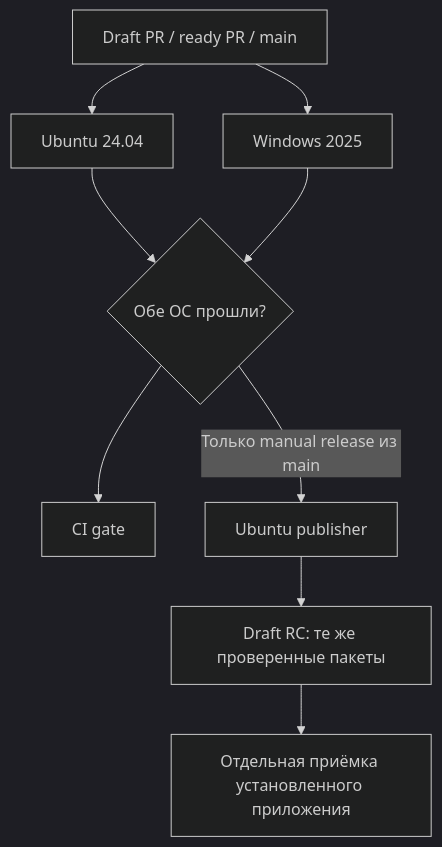
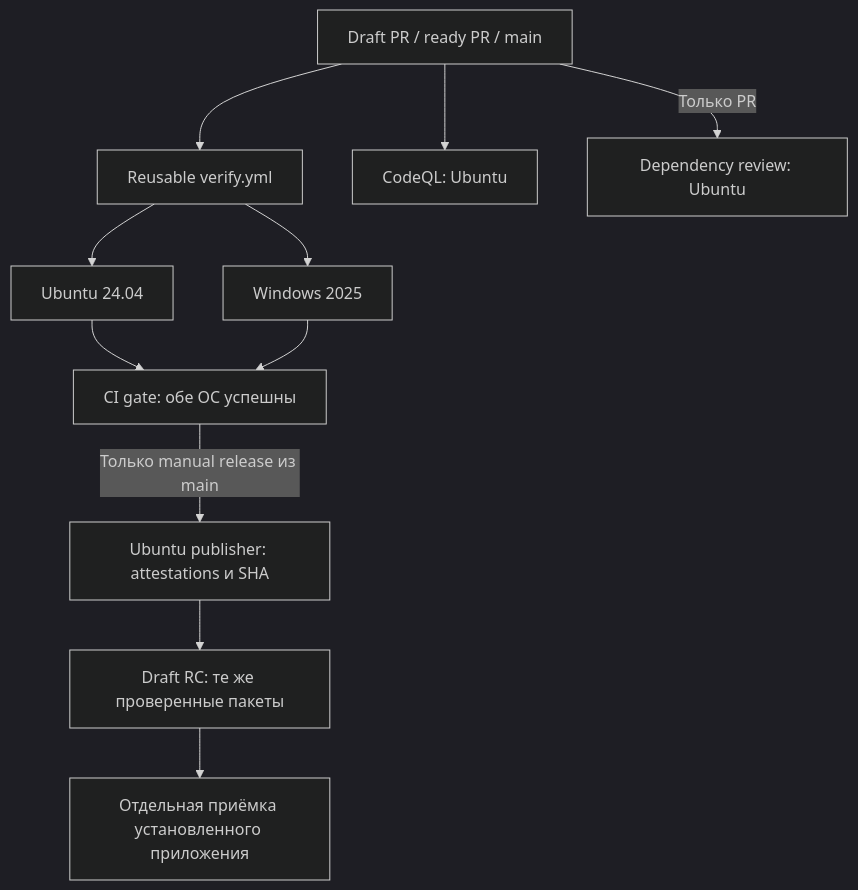
The diagram in docs/CI.md (smart-tinker/rele), drawn with Mermaid (dark theme) before and after one commit. The commit also changed other lines of this file and 2 other files, not shown here.

Commit message:
docs: align CI map with security and attested release jobs

````diff
--- a/docs/CI.md
+++ b/docs/CI.md
@@ -9,11 +11,13 @@
 ```mermaid
 flowchart TD
-  PR[Draft PR / ready PR / main] --> L[Ubuntu 24.04]
-  PR --> W[Windows 2025]
-  L --> G{Обе ОС прошли?}
+  PR[Draft PR / ready PR / main] --> V[Reusable verify.yml]
+  V --> L[Ubuntu 24.04]
+  V --> W[Windows 2025]
+  PR --> Q[CodeQL: Ubuntu]
+  PR -->|Только PR| R[Dependency review: Ubuntu]
+  L --> G[CI gate: обе ОС успешны]
   W --> G
-  G --> CHECK[CI gate]
-  G -->|Только manual release из main| P[Ubuntu publisher]
+  G -->|Только manual release из main| P[Ubuntu publisher: attestations и SHA]
   P --> D[Draft RC: те же проверенные пакеты]
   D --> A[Отдельная приёмка установленного приложения]
 ```
````
